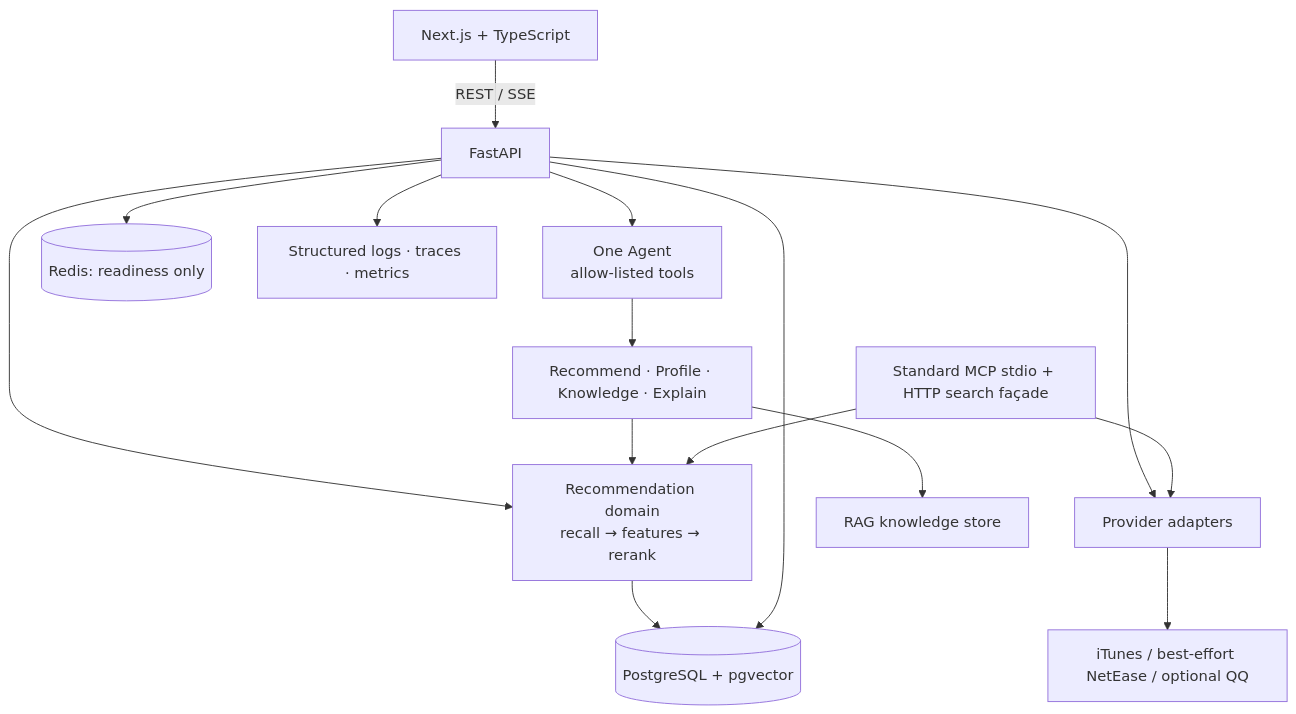
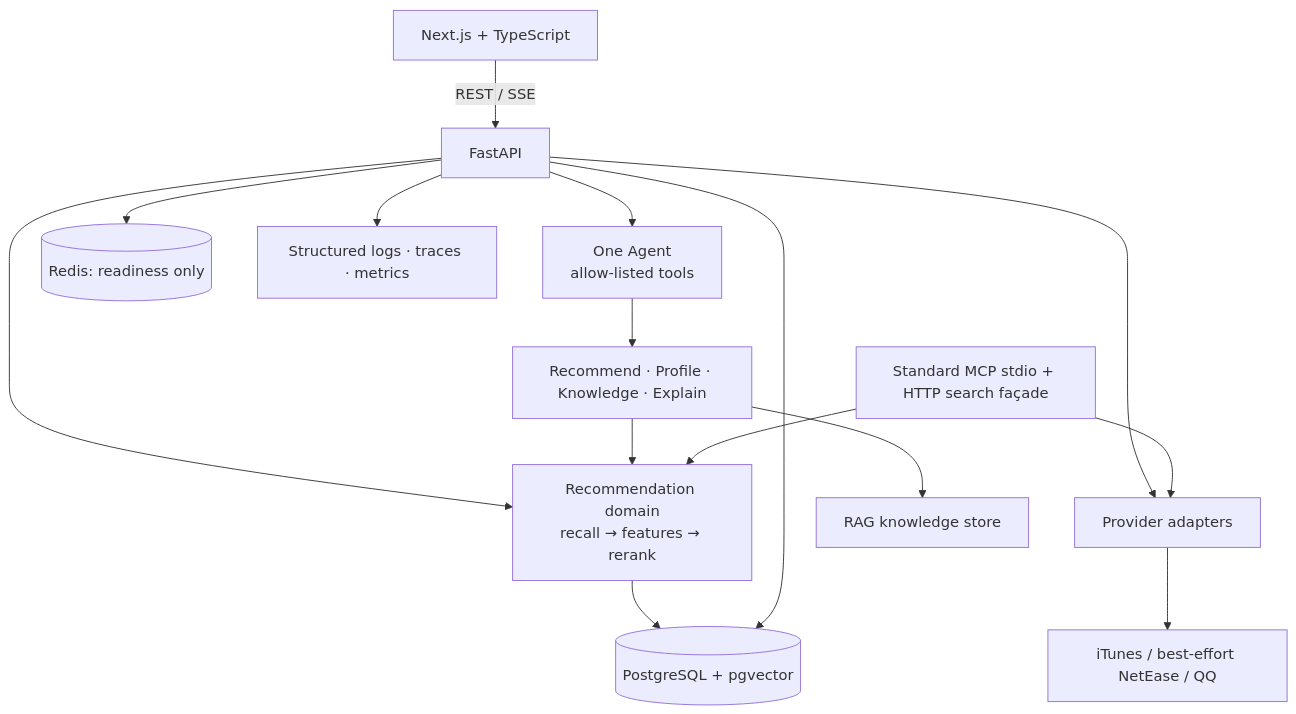
One commit to jiangking22/music_recommendation_system changed the second of 3 diagrams in ARCHITECTURE.md. Above: the diagram before and after it, drawn with Mermaid. The commit also changed other lines of this file and 10 other files, not shown here.

````diff
--- a/ARCHITECTURE.md
+++ b/ARCHITECTURE.md
@@ -69,17 +69,17 @@
 ```mermaid
 flowchart TB
   Web[Next.js + TypeScript] -->|REST / SSE| API[FastAPI]
   API --> Rec[Recommendation domain\nrecall → features → rerank]
   API --> Agent[One Agent\nallow-listed tools]
   API --> Providers[Provider adapters]
   Rec --> PG[(PostgreSQL + pgvector)]
   API --> PG
   API --> Redis[(Redis: readiness only)]
   Agent --> Tools[Recommend · Profile · Knowledge · Explain]
   Tools --> Rec
   Tools --> Knowledge[RAG knowledge store]
   MCP[Standard MCP stdio + HTTP search façade] --> Providers
   MCP --> Rec
-  Providers --> Sources[iTunes / best-effort NetEase / optional QQ]
+  Providers --> Sources[iTunes / best-effort NetEase / QQ]
   API --> Obs[Structured logs · traces · metrics]
 ```
````
